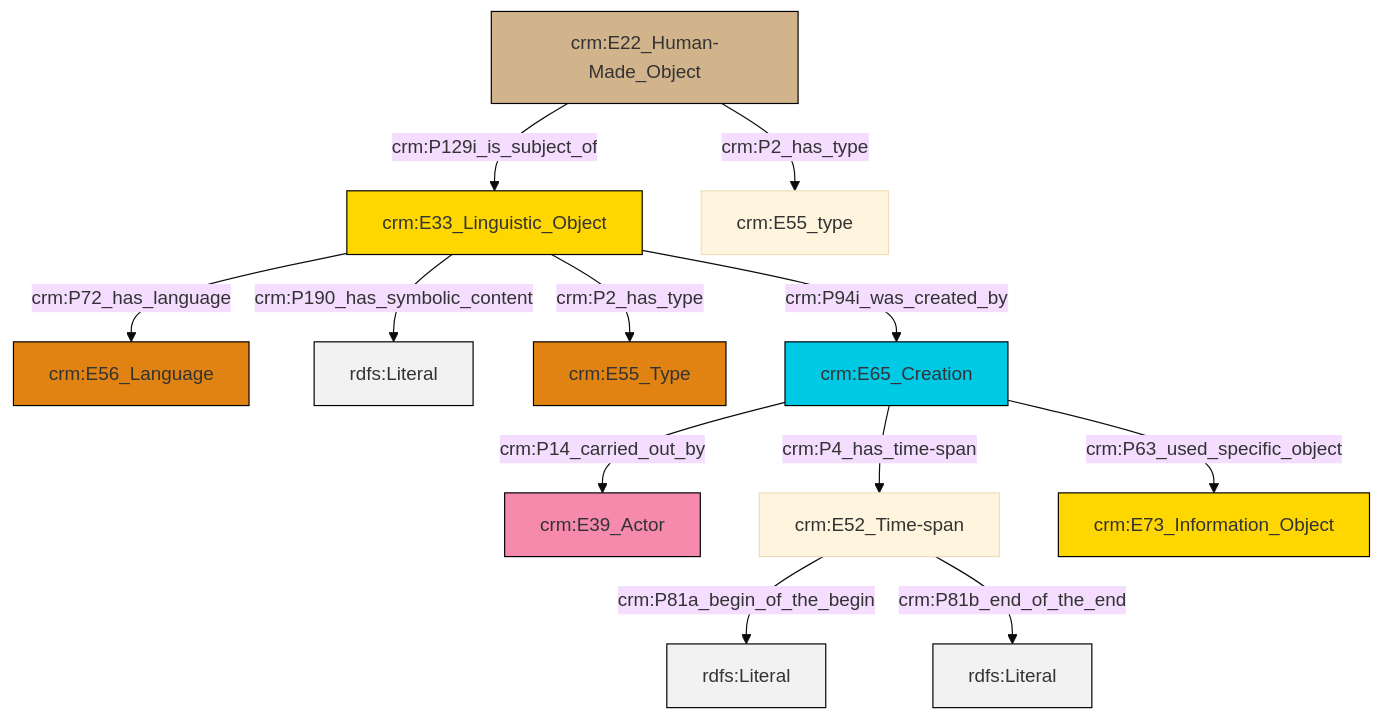
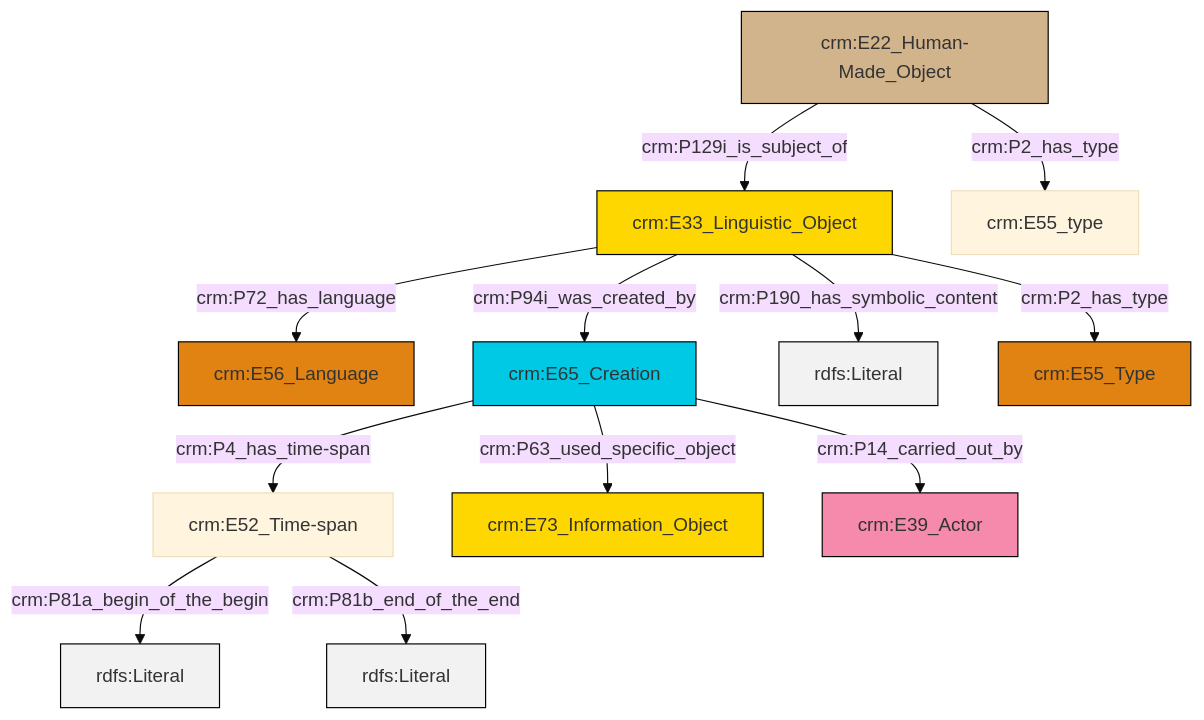
One commit to swiss-art-research-net/reference-data-models changed the diagram in et/builtWorkCSV/ttl/mmd/Built_Work_description.ttl.mmd. Above: the diagram before and after it, drawn with Mermaid (base theme). The commit also changed 148 other files, not shown here.

```diff
--- a/et/builtWorkCSV/ttl/mmd/Built_Work_description.ttl.mmd
+++ b/et/builtWorkCSV/ttl/mmd/Built_Work_description.ttl.mmd
@@ -1,26 +1,26 @@
 graph TD
 classDef Literal fill:#f2f2f2,stroke:#000000;
 classDef CRM_Entity fill:#FFFFFF,stroke:#000000;
 classDef Temporal_Entity fill:#00C9E6, stroke:#000000;
 classDef Type fill:#E18312, stroke:#000000;
 classDef Time-Span fill:#2C9C91, stroke:#000000;
 classDef Appellation fill:#FFEB7F, stroke:#000000;
 classDef Place fill:#008836, stroke:#000000;
 classDef Persistent_Item fill:#B266B2, stroke:#000000;
 classDef Conceptual_Object fill:#FFD700, stroke:#000000;
 classDef Physical_Thing fill:#D2B48C, stroke:#000000;
 classDef Actor fill:#f58aad, stroke:#000000;
 classDef PC_Classes fill:#4ce600, stroke:#000000;
 classDef Multi fill:#cccccc,stroke:#000000;
 
-2["crm:E52_Time-span"]:::Default -->|crm:P81a_begin_of_the_begin| 3[rdfs:Literal]:::Literal
-6["crm:E33_Linguistic_Object"]:::Conceptual_Object -->|crm:P190_has_symbolic_content| 7[rdfs:Literal]:::Literal
-6["crm:E33_Linguistic_Object"]:::Conceptual_Object -->|crm:P2_has_type| 8["crm:E55_Type"]:::Type
-6["crm:E33_Linguistic_Object"]:::Conceptual_Object -->|crm:P94i_was_created_by| 9["crm:E65_Creation"]:::Temporal_Entity
-6["crm:E33_Linguistic_Object"]:::Conceptual_Object -->|crm:P72_has_language| 4["crm:E56_Language"]:::Type
-9["crm:E65_Creation"]:::Temporal_Entity -->|crm:P63_used_specific_object| 10["crm:E73_Information_Object"]:::Conceptual_Object
-9["crm:E65_Creation"]:::Temporal_Entity -->|crm:P14_carried_out_by| 0["crm:E39_Actor"]:::Actor
-9["crm:E65_Creation"]:::Temporal_Entity -->|crm:P4_has_time-span| 2["crm:E52_Time-span"]:::Default
-15["crm:E22_Human-Made_Object"]:::Physical_Thing -->|crm:P2_has_type| 12["crm:E55_type"]:::Default
-15["crm:E22_Human-Made_Object"]:::Physical_Thing -->|crm:P129i_is_subject_of| 6["crm:E33_Linguistic_Object"]:::Conceptual_Object
-2["crm:E52_Time-span"]:::Default -->|crm:P81b_end_of_the_end| 20[rdfs:Literal]:::Literal
+0["crm:E52_Time-span"]:::Default -->|crm:P81a_begin_of_the_begin| 1[rdfs:Literal]:::Literal
+2["crm:E33_Linguistic_Object"]:::Conceptual_Object -->|crm:P72_has_language| 3["crm:E56_Language"]:::Type
+2["crm:E33_Linguistic_Object"]:::Conceptual_Object -->|crm:P94i_was_created_by| 4["crm:E65_Creation"]:::Temporal_Entity
+4["crm:E65_Creation"]:::Temporal_Entity -->|crm:P63_used_specific_object| 6["crm:E73_Information_Object"]:::Conceptual_Object
+2["crm:E33_Linguistic_Object"]:::Conceptual_Object -->|crm:P190_has_symbolic_content| 9[rdfs:Literal]:::Literal
+4["crm:E65_Creation"]:::Temporal_Entity -->|crm:P14_carried_out_by| 11["crm:E39_Actor"]:::Actor
+2["crm:E33_Linguistic_Object"]:::Conceptual_Object -->|crm:P2_has_type| 12["crm:E55_Type"]:::Type
+17["crm:E22_Human-Made_Object"]:::Physical_Thing -->|crm:P129i_is_subject_of| 2["crm:E33_Linguistic_Object"]:::Conceptual_Object
+0["crm:E52_Time-span"]:::Default -->|crm:P81b_end_of_the_end| 18[rdfs:Literal]:::Literal
+17["crm:E22_Human-Made_Object"]:::Physical_Thing -->|crm:P2_has_type| 15["crm:E55_type"]:::Default
+4["crm:E65_Creation"]:::Temporal_Entity -->|crm:P4_has_time-span| 0["crm:E52_Time-span"]:::Default
```
